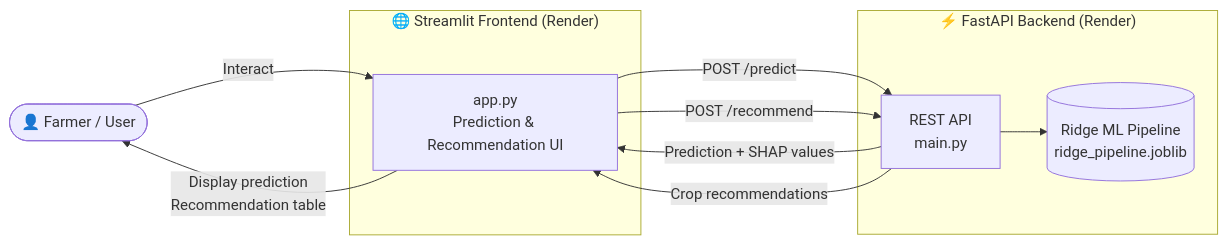
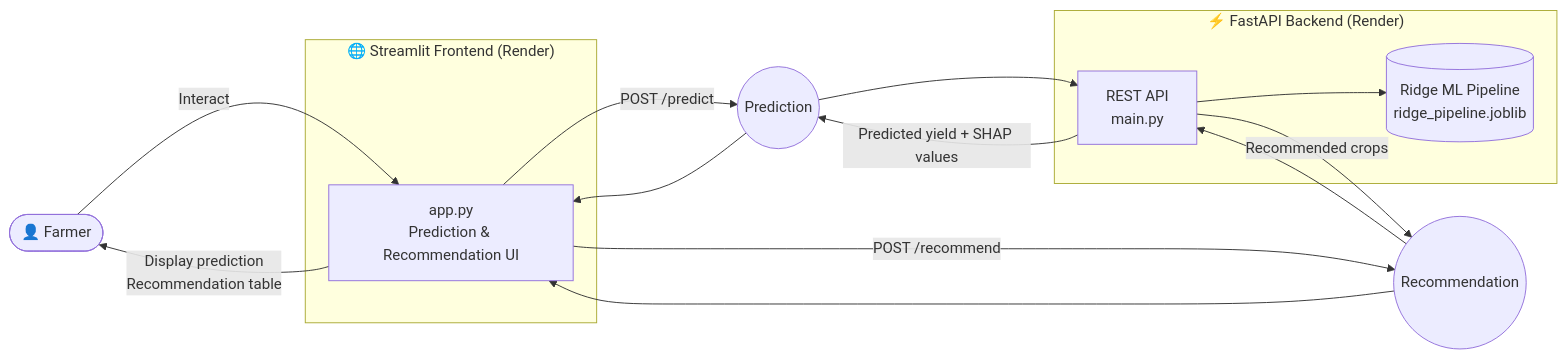
One commit to reemHasan/Agritech_Answers changed the diagram in README.md. Above: the diagram before and after it, drawn with Mermaid.

Commit message:
modify3 readme mermaid diagram

````diff
--- a/README.md
+++ b/README.md
@@ -36,28 +36,36 @@
 ```mermaid
 flowchart LR
 
     %% User
-    U([👤 Farmer / User])
+    U([👤 Farmer])
 
     %% Frontend
     subgraph FE["🌐 Streamlit Frontend (Render)"]
         APP["app.py<br/>Prediction & Recommendation UI"]
     end
 
     %% Backend
     subgraph BE["⚡ FastAPI Backend (Render)"]
         API["REST API<br/>main.py"]
         MODEL[("Ridge ML Pipeline<br/>ridge_pipeline.joblib")]
         API --> MODEL
     end
 
+    %% Prediction flow
+    P((Prediction))
+    APP -->|POST /predict| P
+    P --> API
+    API -->|Predicted yield + SHAP values| P
+    P --> APP
+
+    %% Recommendation flow
+    R((Recommendation))
+    APP -->|POST /recommend| R
+    R --> API
+    API -->|Recommended crops| R
+    R --> APP
+
     %% Flow
     U -->|Interact| APP
-    APP -->|POST /predict| API
-    API -->|Prediction + SHAP values| APP
-
-    APP -->|POST /recommend| API
-    API -->|Crop recommendations| APP
-
     APP -->|Display prediction<br/>Recommendation table| U
 ```
````
